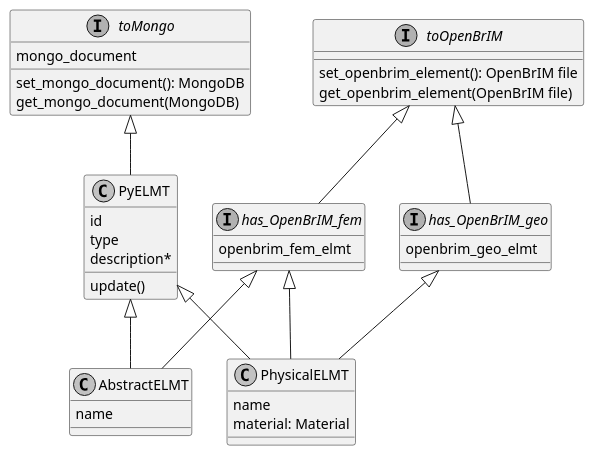
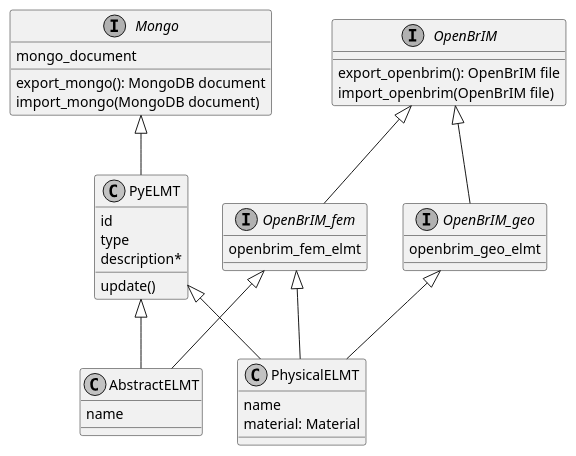
Before and after one commit to YidongQIN/PyBMS_BrIM: the diagram in Notes & Diagrams/ClassDiagram Interface.puml, drawn with PlantUML. The commit also changed 1 other file, not shown here.

Commit message:
diagrams

```diff
--- a/Notes & Diagrams/ClassDiagram Interface.puml
+++ b/Notes & Diagrams/ClassDiagram Interface.puml
@@ -1,56 +1,56 @@
 @startuml
 
 top to bottom direction
 ' left to right direction
 
 skinparam shadowing false
 skinparam monochrome true
 
 class PyELMT{
     id
     type
     description*
     update()
 }
 
 class AbstractELMT{
     name
 }
 
 class PhysicalELMT{
     name
     material: Material
 }
 
-Interface toMongo{
+Interface Mongo{
     mongo_document
-    set_mongo_document(): MongoDB
-    get_mongo_document(MongoDB)
+    export_mongo(): MongoDB document
+    import_mongo(MongoDB document)
 '    - attribute_check()
 }
 
-Interface toOpenBrIM{
-    set_openbrim_element(): OpenBrIM file
-    get_openbrim_element(OpenBrIM file)
+Interface OpenBrIM{
+    export_openbrim(): OpenBrIM file
+    import_openbrim(OpenBrIM file)
 '    - attribute_check()
 }
 
-Interface has_OpenBrIM_fem{
+Interface OpenBrIM_fem{
     openbrim_fem_elmt
 }
 
-Interface has_OpenBrIM_geo{
+Interface OpenBrIM_geo{
     openbrim_geo_elmt
 }
 
 PyELMT <|-- AbstractELMT
 PyELMT <|-- PhysicalELMT
-has_OpenBrIM_fem <|-- AbstractELMT
-has_OpenBrIM_fem <|-- PhysicalELMT
-has_OpenBrIM_geo <|-- PhysicalELMT
+OpenBrIM_fem <|-- AbstractELMT
+OpenBrIM_fem <|-- PhysicalELMT
+OpenBrIM_geo <|-- PhysicalELMT
 
-toOpenBrIM <|-- has_OpenBrIM_fem
-toOpenBrIM <|-- has_OpenBrIM_geo
-toMongo <|-- PyELMT
+OpenBrIM <|-- OpenBrIM_fem
+OpenBrIM <|-- OpenBrIM_geo
+Mongo <|-- PyELMT
 
 @enduml
```
